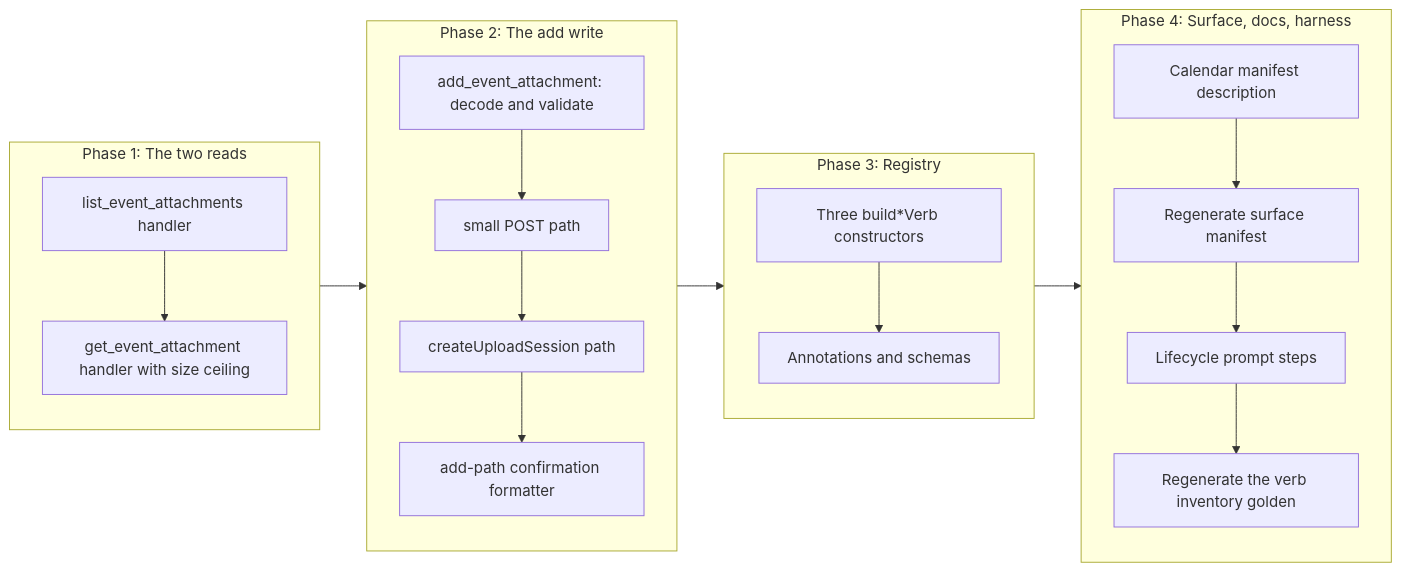
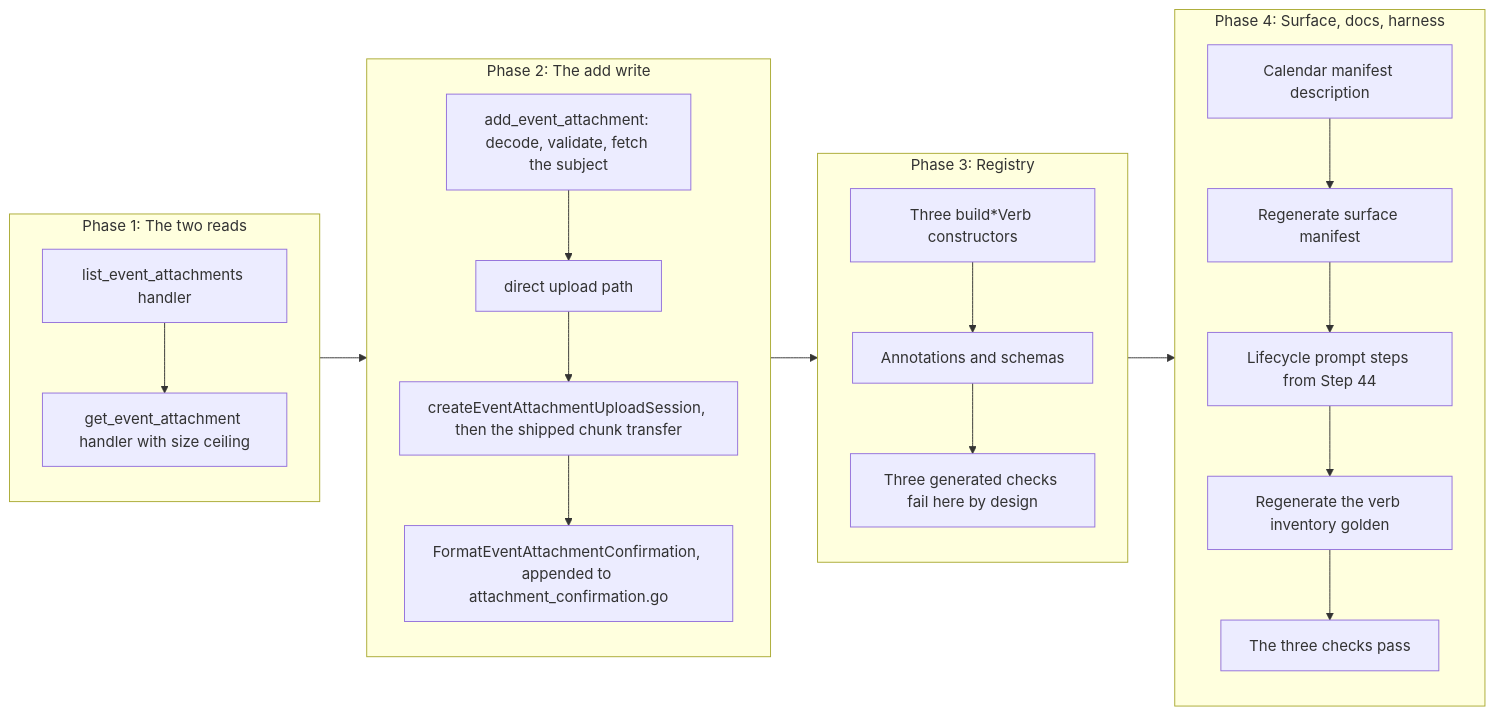
Before and after one commit to desek/outlook-local-mcp: the third of 3 diagrams in docs/cr/CR-0081-calendar-event-attachments.md, drawn with Mermaid. The commit also changed other lines of this file and 1 other file, not shown here.

````diff
--- a/docs/cr/CR-0081-calendar-event-attachments.md
+++ b/docs/cr/CR-0081-calendar-event-attachments.md
@@ -509,20 +721,22 @@
 ```mermaid
 flowchart LR
     subgraph P1["Phase 1: The two reads"]
         A1["list_event_attachments handler"] --> A2["get_event_attachment handler with size ceiling"]
     end
     subgraph P2["Phase 2: The add write"]
-        B1["add_event_attachment: decode and validate"] --> B2["small POST path"]
-        B2 --> B3["createUploadSession path"]
-        B3 --> B4["add-path confirmation formatter"]
+        B1["add_event_attachment: decode, validate, fetch the subject"] --> B2["direct upload path"]
+        B2 --> B3["createEventAttachmentUploadSession, then the shipped chunk transfer"]
+        B3 --> B4["FormatEventAttachmentConfirmation, appended to attachment_confirmation.go"]
     end
     subgraph P3["Phase 3: Registry"]
         C1["Three build*Verb constructors"] --> C2["Annotations and schemas"]
+        C2 --> C3["Three generated checks fail here by design"]
     end
     subgraph P4["Phase 4: Surface, docs, harness"]
         D1["Calendar manifest description"] --> D2["Regenerate surface manifest"]
-        D2 --> D3["Lifecycle prompt steps"]
+        D2 --> D3["Lifecycle prompt steps from Step 44"]
         D3 --> D4["Regenerate the verb inventory golden"]
+        D4 --> D5["The three checks pass"]
     end
     P1 --> P2 --> P3 --> P4
 ```
````
